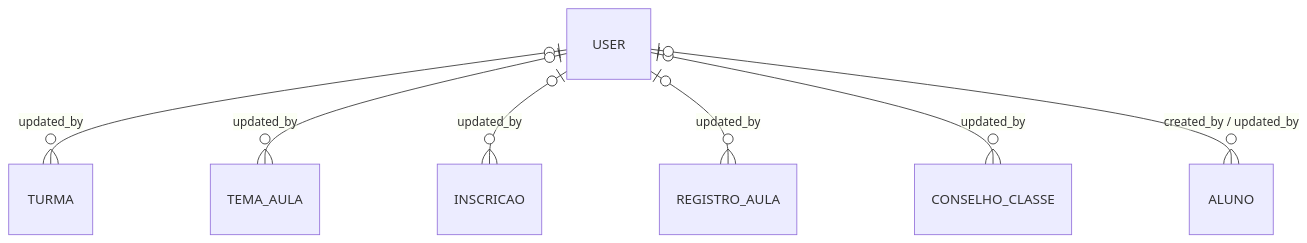
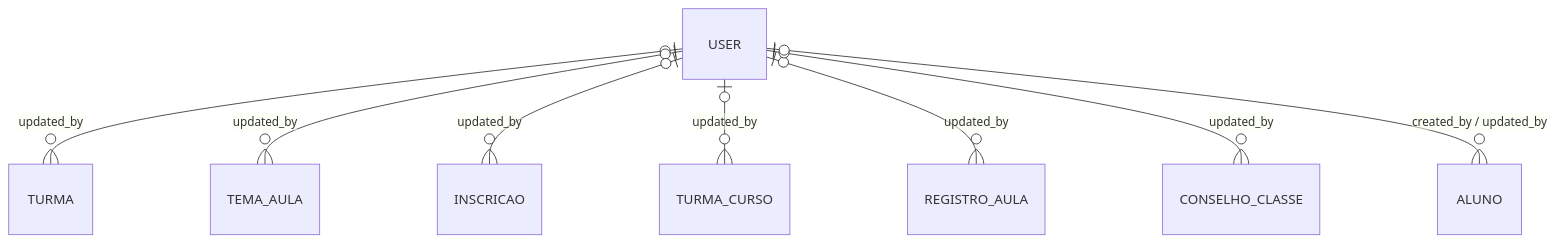
Before and after one commit to fmtic/pautaon: the seventh of 7 diagrams in app/models/MER.md, drawn with Mermaid. The commit also changed other lines of this file and 26 other files, not shown here.

````diff
--- a/app/models/MER.md
+++ b/app/models/MER.md
@@ -262,9 +266,10 @@
 ```mermaid
 erDiagram
     USER |o--o{ TURMA : "updated_by"
     USER |o--o{ TEMA_AULA : "updated_by"
     USER |o--o{ INSCRICAO : "updated_by"
+    USER |o--o{ TURMA_CURSO : "updated_by"
     USER |o--o{ REGISTRO_AULA : "updated_by"
     USER |o--o{ CONSELHO_CLASSE : "updated_by"
     USER |o--o{ ALUNO : "created_by / updated_by"
 ```
````
